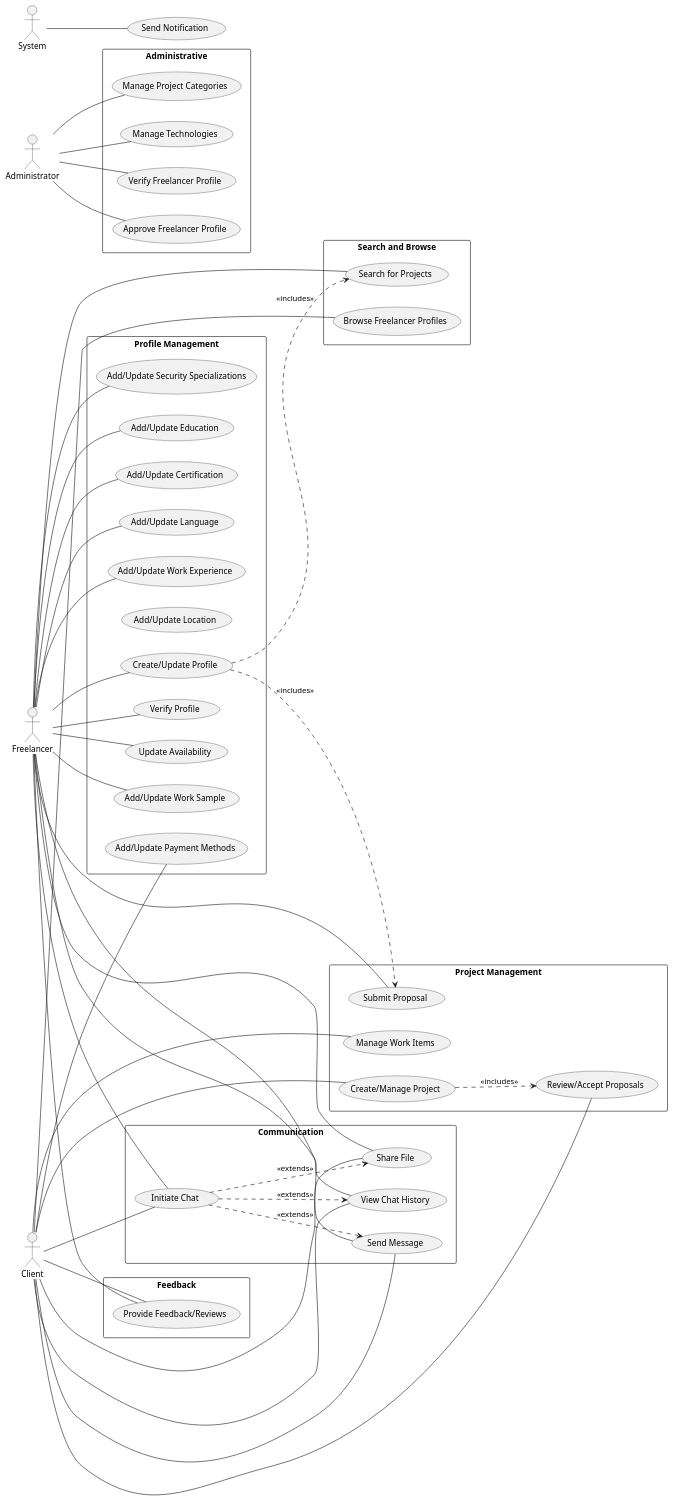
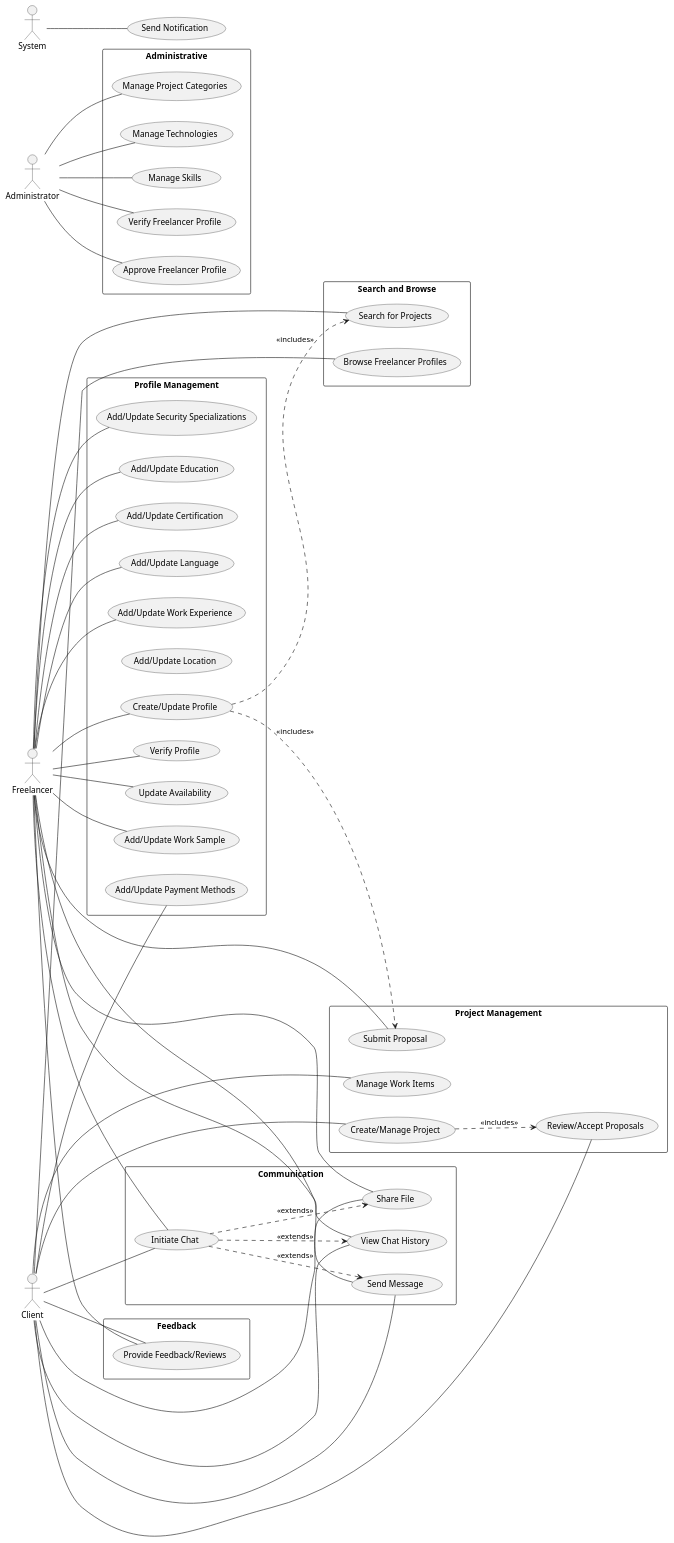
The diagram in docs/casosdeuso.puml (lucasneiva/armoredcode), drawn with PlantUML before and after one commit. The commit also changed 1 other file, not shown here.

```diff
--- a/docs/casosdeuso.puml
+++ b/docs/casosdeuso.puml
@@ -1,98 +1,100 @@
 @startuml teste
 
 left to right direction
 
 actor Freelancer
 actor Client
 actor Administrator
 actor System
 
 usecase "Send Notification" as UC44
 
 System -- UC44 
 
 rectangle "Profile Management" {
   usecase "Create/Update Profile" as UC1
   usecase "Verify Profile" as UC31
   usecase "Update Availability" as UC3
   usecase "Add/Update Work Sample" as UC2
   usecase "Add/Update Security Specializations" as UC4
   usecase "Add/Update Location"
   usecase "Add/Update Education" as UC26
   usecase "Add/Update Certification" as UC27
   usecase "Add/Update Language" as UC28
   usecase "Add/Update Work Experience" as UC29
   usecase "Add/Update Payment Methods" as UC20
 }
 
 rectangle "Project Management" {
   usecase "Submit Proposal" as UC6
   usecase "Create/Manage Project" as UC7
   usecase "Manage Work Items" as UC8
   usecase "Review/Accept Proposals" as UC9
 }
 
 rectangle "Communication" {
   usecase "Initiate Chat" as UC10
   usecase "Send Message" as UC11
   usecase "Share File" as UC12
   usecase "View Chat History" as UC13
 }
 
 rectangle "Feedback" {
   usecase "Provide Feedback/Reviews" as UC17
 }
 
 rectangle "Administrative" {
   usecase "Manage Project Categories" as UC22
   usecase "Manage Technologies" as UC33
+  usecase "Manage Skills" as UC37
   usecase "Verify Freelancer Profile" as UC34
   usecase "Approve Freelancer Profile" as UC35
 }
 
 rectangle "Search and Browse" {
   usecase "Search for Projects" as UC5
   usecase "Browse Freelancer Profiles" as UC25
 }
 
 Freelancer -- UC1
 Freelancer -- UC2
 Freelancer -- UC3
 Freelancer -- UC4
 Freelancer -- UC26
 Freelancer -- UC27
 Freelancer -- UC28
 Freelancer -- UC29
 Freelancer -- UC31
 Freelancer -- UC5
 Freelancer -- UC6
 Freelancer -- UC10
 Freelancer -- UC11
 Freelancer -- UC12
 Freelancer -- UC13
 Freelancer -- UC17
 
 Client -- UC7
 Client -- UC8
 Client -- UC9
 Client -- UC10
 Client -- UC11
 Client -- UC12
 Client -- UC13
 Client -- UC17
 Client -- UC20
 Client -- UC25
 
 Administrator -- UC33
 Administrator -- UC22
 Administrator -- UC34
 Administrator -- UC35
+Administrator -- UC37
 
 UC1 ..> UC5 : <<includes>>
 UC1 ..> UC6 : <<includes>>
 UC7 ..> UC9 : <<includes>>
 UC10 ..> UC11 : <<extends>>
 UC10 ..> UC12 : <<extends>>
 UC10 ..> UC13 : <<extends>>
 
 @enduml
```
